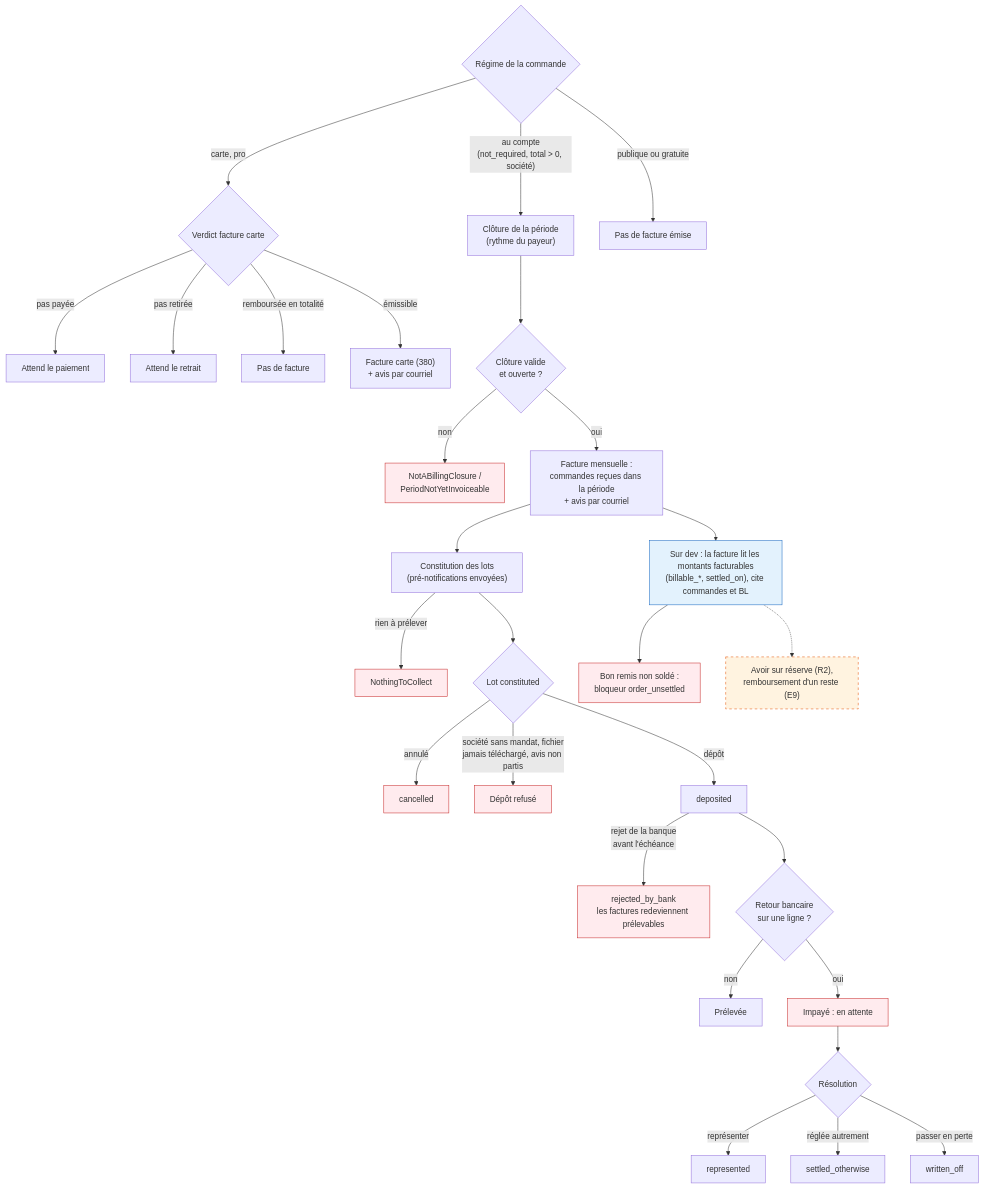
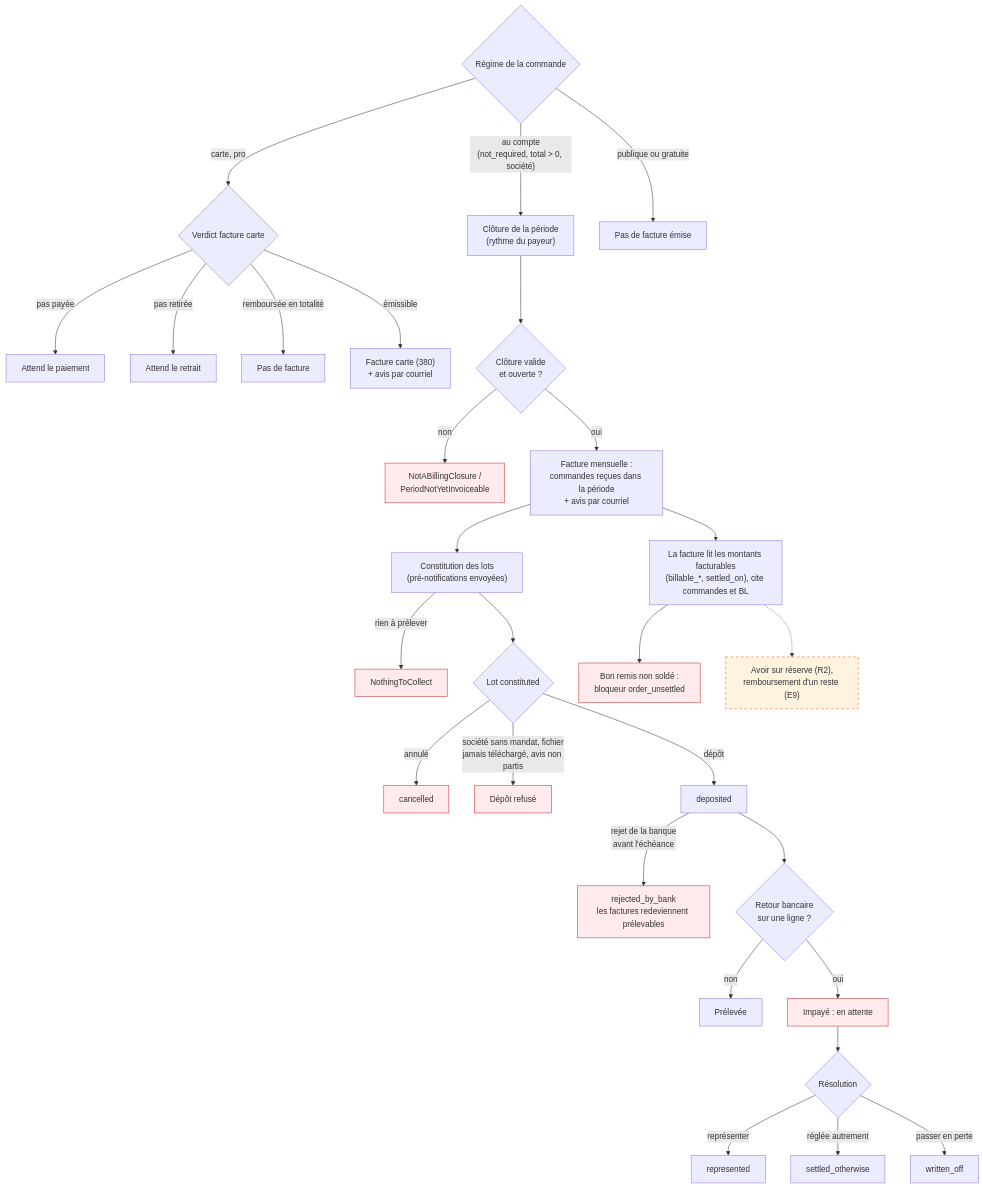
Before and after one commit to hugoheynard/lfd: the eighth of 11 diagrams in documentation/commandes/parcours-complet.md, drawn with Mermaid. The commit also changed other lines of this file and 1 other file, not shown here.

First line of the commit message:
docs(commandes): le parcours dit ce qui est en production depuis ce matin

````diff
--- a/documentation/commandes/parcours-complet.md
+++ b/documentation/commandes/parcours-complet.md
@@ -342,33 +343,33 @@
 ```mermaid
 flowchart TD
     O{"Régime de la commande"} -->|"au compte<br/>(not_required, total > 0, société)"| MI["Clôture de la période<br/>(rythme du payeur)"]
     O -->|"carte, pro"| CI{"Verdict facture carte"}
     O -->|"publique ou gratuite"| NONE["Pas de facture émise"]
     CI -->|"pas payée"| W1["Attend le paiement"]
     CI -->|"pas retirée"| W2["Attend le retrait"]
     CI -->|"remboursée en totalité"| NO["Pas de facture"]
     CI -->|"émissible"| FC["Facture carte (380)<br/>+ avis par courriel"]
     MI --> MC{"Clôture valide<br/>et ouverte ?"}
     MC -->|"non"| E1["NotABillingClosure /<br/>PeriodNotYetInvoiceable"]:::sad
     MC -->|"oui"| FM["Facture mensuelle :<br/>commandes reçues dans la période<br/>+ avis par courriel"]
     FM --> CB["Constitution des lots<br/>(pré-notifications envoyées)"]
     CB -->|"rien à prélever"| E2["NothingToCollect"]:::sad
     CB --> LOT{"Lot constituted"}
     LOT -->|"annulé"| CX["cancelled"]:::sad
     LOT -->|"société sans mandat, fichier<br/>jamais téléchargé, avis non partis"| E3["Dépôt refusé"]:::sad
     LOT -->|"dépôt"| DEPO["deposited"]
     DEPO -->|"rejet de la banque<br/>avant l'échéance"| REJ["rejected_by_bank<br/>les factures redeviennent prélevables"]:::sad
     DEPO --> RET{"Retour bancaire<br/>sur une ligne ?"}
     RET -->|"non"| PAID["Prélevée"]
     RET -->|"oui"| CR["Impayé : en attente"]:::sad
     CR --> RES{"Résolution"}
     RES -->|"représenter"| REP["represented"]
     RES -->|"réglée autrement"| SO["settled_otherwise"]
     RES -->|"passer en perte"| WO["written_off"]
-    FM --> BLF["Sur dev : la facture lit les montants facturables<br/>(billable_*, settled_on), cite commandes et BL"]:::bati
+    FM --> BLF["La facture lit les montants facturables<br/>(billable_*, settled_on), cite commandes et BL"]
     BLF --> NS["Bon remis non soldé :<br/>bloqueur order_unsettled"]:::sad
     BLF -.-> RFD["Avoir sur réserve (R2),<br/>remboursement d'un reste (E9)"]:::prevu
     classDef bati fill:#e3f2fd,stroke:#1565c0
     classDef prevu fill:#fff3e0,stroke:#e65100,stroke-dasharray: 5 5
     classDef sad fill:#ffebee,stroke:#c62828
 ```
````
